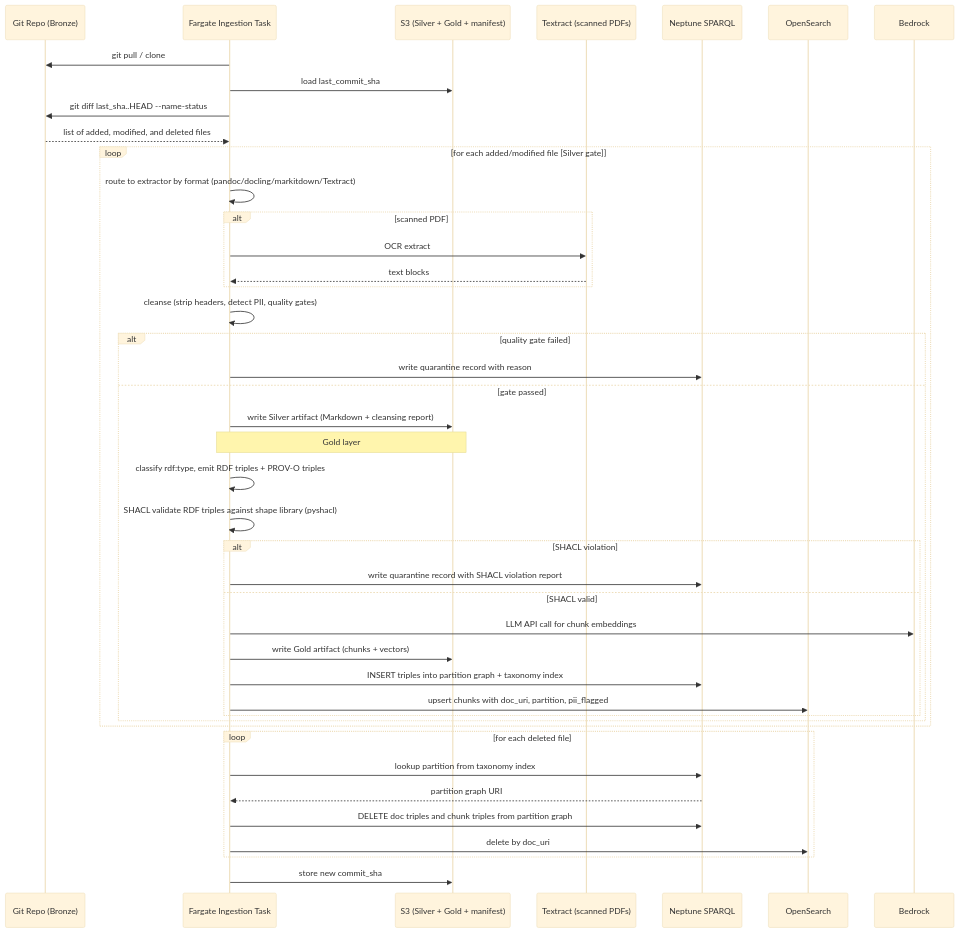
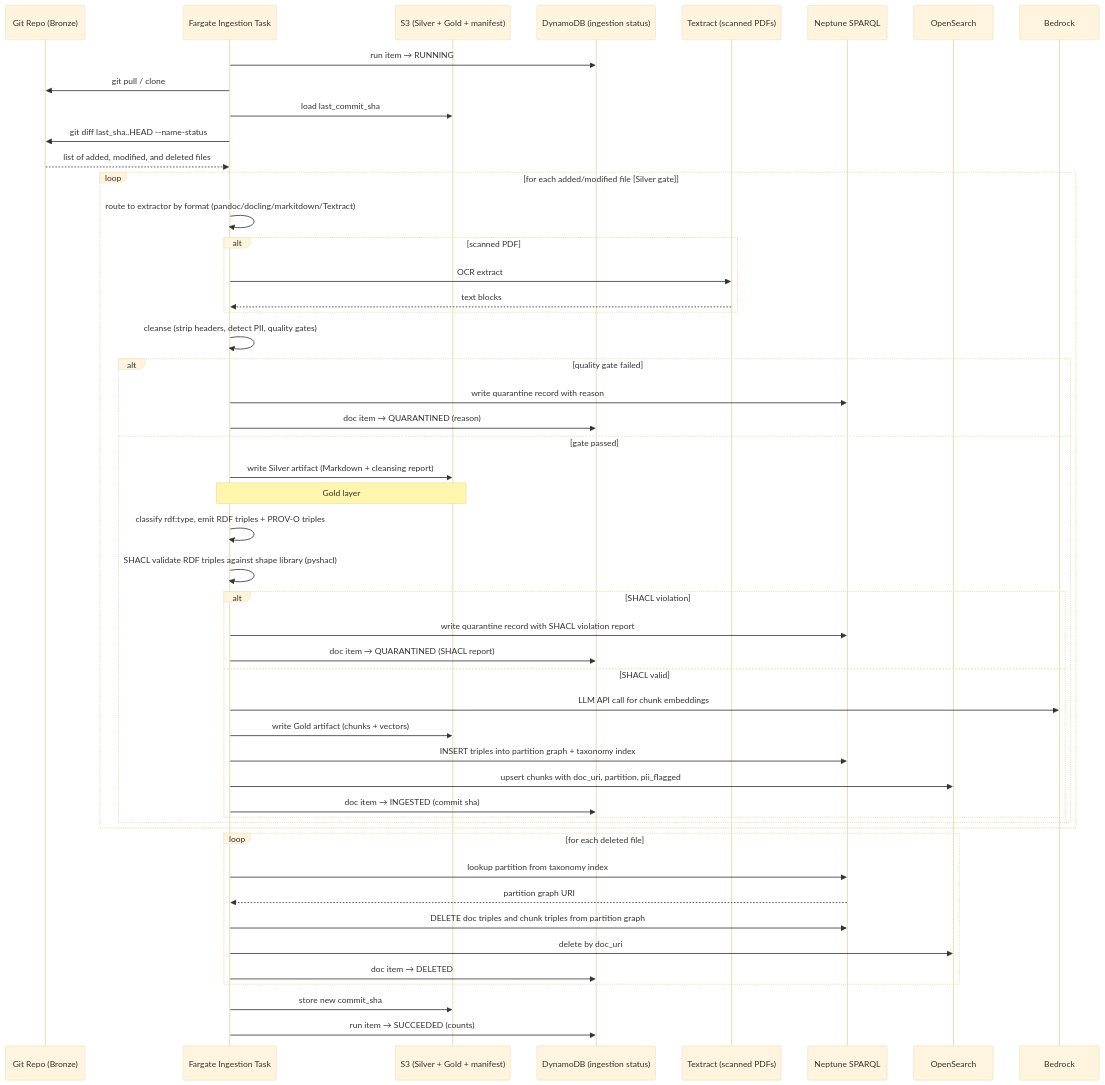
The fourth of 5 diagrams in docs/architecture/biz-ops-knowledge-graph/design.md (eugenelim/graphrag-aws-template), drawn with Mermaid (base theme) before and after one commit. The commit also changed other lines of this file and 5 other files, not shown here.

````diff
--- a/docs/architecture/biz-ops-knowledge-graph/design.md
+++ b/docs/architecture/biz-ops-knowledge-graph/design.md
@@ -491,49 +491,56 @@
 ```mermaid
 sequenceDiagram
     participant G as Git Repo (Bronze)
     participant F as Fargate Ingestion Task
     participant S as S3 (Silver + Gold + manifest)
+    participant DDB as DynamoDB (ingestion status)
     participant TX as Textract (scanned PDFs)
     participant NP as Neptune SPARQL
     participant OS as OpenSearch
     participant BD as Bedrock
 
+    F->>DDB: run item → RUNNING
     F->>G: git pull / clone
     F->>S: load last_commit_sha
     F->>G: git diff last_sha..HEAD --name-status
     G-->>F: list of added, modified, and deleted files
 
     loop for each added/modified file [Silver gate]
         F->>F: route to extractor by format (pandoc/docling/markitdown/Textract)
         alt scanned PDF
             F->>TX: OCR extract
             TX-->>F: text blocks
         end
         F->>F: cleanse (strip headers, detect PII, quality gates)
         alt quality gate failed
             F->>NP: write quarantine record with reason
+            F->>DDB: doc item → QUARANTINED (reason)
         else gate passed
             F->>S: write Silver artifact (Markdown + cleansing report)
             Note over F,S: Gold layer
             F->>F: classify rdf:type, emit RDF triples + PROV-O triples
             F->>F: SHACL validate RDF triples against shape library (pyshacl)
             alt SHACL violation
                 F->>NP: write quarantine record with SHACL violation report
+                F->>DDB: doc item → QUARANTINED (SHACL report)
             else SHACL valid
                 F->>BD: LLM API call for chunk embeddings
                 F->>S: write Gold artifact (chunks + vectors)
                 F->>NP: INSERT triples into partition graph + taxonomy index
                 F->>OS: upsert chunks with doc_uri, partition, pii_flagged
+                F->>DDB: doc item → INGESTED (commit sha)
             end
         end
     end
 
     loop for each deleted file
         F->>NP: lookup partition from taxonomy index
         NP-->>F: partition graph URI
         F->>NP: DELETE doc triples and chunk triples from partition graph
         F->>OS: delete by doc_uri
+        F->>DDB: doc item → DELETED
     end
 
     F->>S: store new commit_sha
+    F->>DDB: run item → SUCCEEDED (counts)
 ```
````
